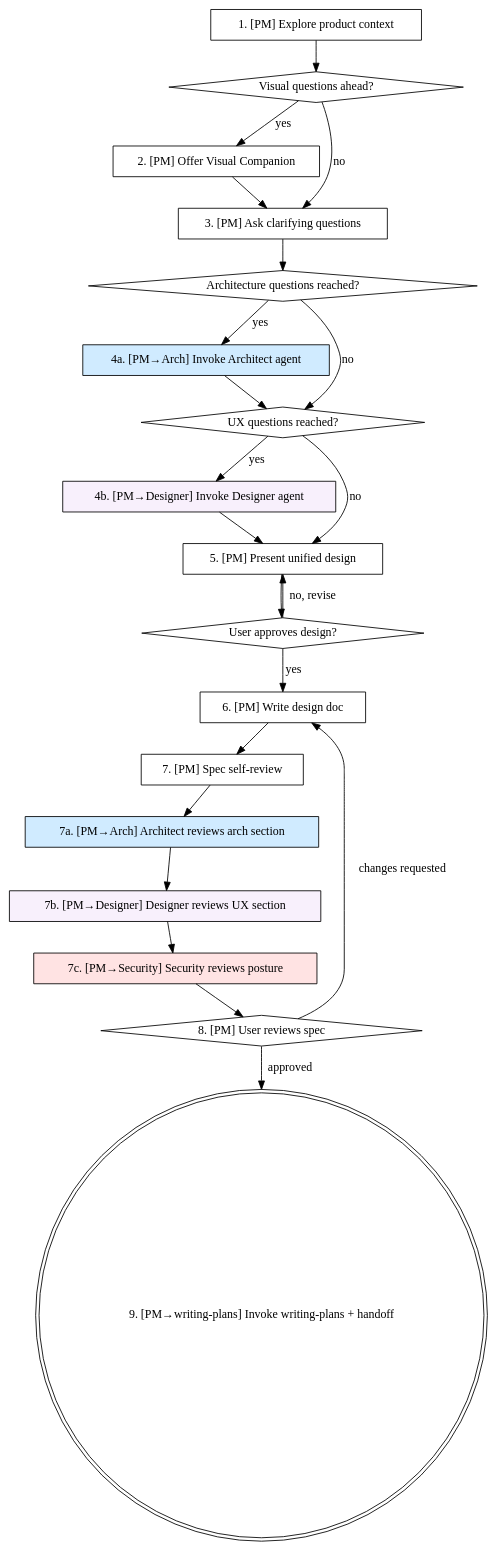
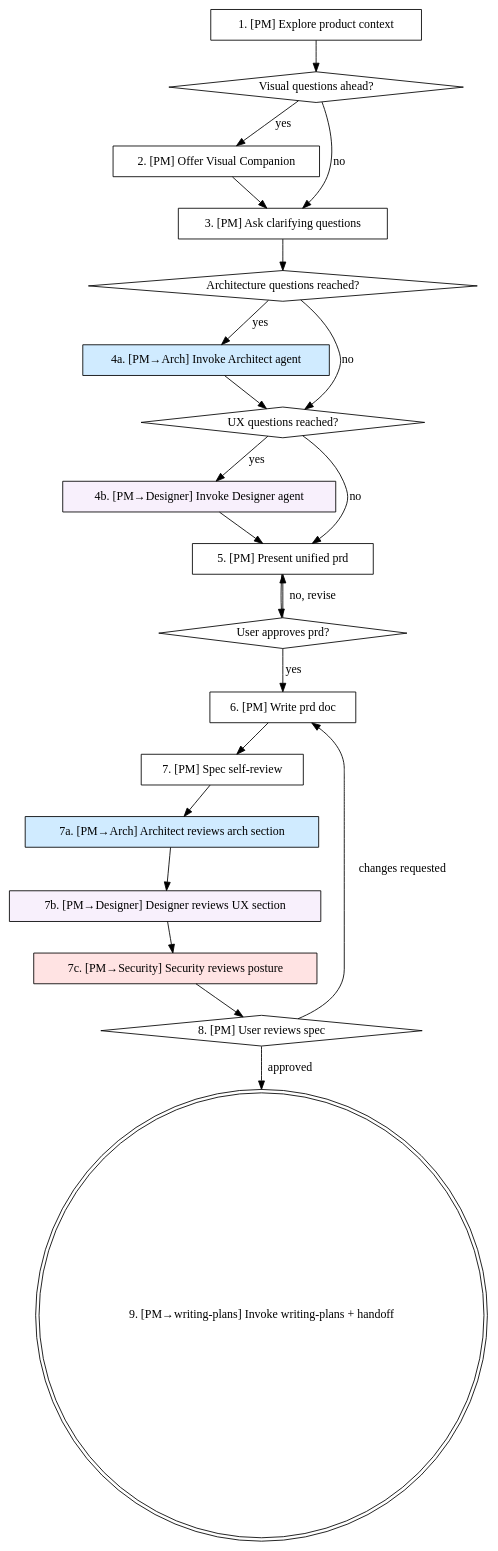
The diagram in skills/brainstorming/SKILL.md (oizidbih/hermes-multi-agents_superpowers), drawn with Graphviz before and after one commit. The commit also changed other lines of this file and 1 other file, not shown here.

Commit message:
Refactor skill names and descriptions for clarity in brainstorming and writing plans

````diff
--- a/skills/brainstorming/SKILL.md
+++ b/skills/brainstorming/SKILL.md
@@ -73,46 +73,46 @@
 ```dot
-digraph brainstorming_multi_agents {
+digraph prd_multi_agents {
     rankdir=TB;
 
     // Steps
     "1. [PM] Explore product context" [shape=box];
     "Visual questions ahead?" [shape=diamond];
     "2. [PM] Offer Visual Companion" [shape=box];
     "3. [PM] Ask clarifying questions" [shape=box];
     "Architecture questions reached?" [shape=diamond];
     "4a. [PM→Arch] Invoke Architect agent" [shape=box style=filled fillcolor="#d0ebff"];
     "UX questions reached?" [shape=diamond];
     "4b. [PM→Designer] Invoke Designer agent" [shape=box style=filled fillcolor="#f8f0fc"];
-    "5. [PM] Present unified design" [shape=box];
-    "User approves design?" [shape=diamond];
-    "6. [PM] Write design doc" [shape=box];
+    "5. [PM] Present unified prd" [shape=box];
+    "User approves prd?" [shape=diamond];
+    "6. [PM] Write prd doc" [shape=box];
     "7. [PM] Spec self-review" [shape=box];
     "7a. [PM→Arch] Architect reviews arch section" [shape=box style=filled fillcolor="#d0ebff"];
     "7b. [PM→Designer] Designer reviews UX section" [shape=box style=filled fillcolor="#f8f0fc"];
     "7c. [PM→Security] Security reviews posture" [shape=box style=filled fillcolor="#ffe3e3"];
     "8. [PM] User reviews spec" [shape=diamond];
     "9. [PM→writing-plans] Invoke writing-plans + handoff" [shape=doublecircle];
 
     "1. [PM] Explore product context" -> "Visual questions ahead?";
     "Visual questions ahead?" -> "2. [PM] Offer Visual Companion" [label="yes"];
     "Visual questions ahead?" -> "3. [PM] Ask clarifying questions" [label="no"];
     "2. [PM] Offer Visual Companion" -> "3. [PM] Ask clarifying questions";
     "3. [PM] Ask clarifying questions" -> "Architecture questions reached?";
     "Architecture questions reached?" -> "4a. [PM→Arch] Invoke Architect agent" [label="yes"];
     "Architecture questions reached?" -> "UX questions reached?" [label="no"];
     "4a. [PM→Arch] Invoke Architect agent" -> "UX questions reached?";
     "UX questions reached?" -> "4b. [PM→Designer] Invoke Designer agent" [label="yes"];
-    "UX questions reached?" -> "5. [PM] Present unified design" [label="no"];
-    "4b. [PM→Designer] Invoke Designer agent" -> "5. [PM] Present unified design";
-    "5. [PM] Present unified design" -> "User approves design?";
-    "User approves design?" -> "5. [PM] Present unified design" [label="no, revise"];
-    "User approves design?" -> "6. [PM] Write design doc" [label="yes"];
-    "6. [PM] Write design doc" -> "7. [PM] Spec self-review";
+    "UX questions reached?" -> "5. [PM] Present unified prd" [label="no"];
+    "4b. [PM→Designer] Invoke Designer agent" -> "5. [PM] Present unified prd";
+    "5. [PM] Present unified prd" -> "User approves prd?";
+    "User approves prd?" -> "5. [PM] Present unified prd" [label="no, revise"];
+    "User approves prd?" -> "6. [PM] Write prd doc" [label="yes"];
+    "6. [PM] Write prd doc" -> "7. [PM] Spec self-review";
     "7. [PM] Spec self-review" -> "7a. [PM→Arch] Architect reviews arch section";
     "7a. [PM→Arch] Architect reviews arch section" -> "7b. [PM→Designer] Designer reviews UX section";
     "7b. [PM→Designer] Designer reviews UX section" -> "7c. [PM→Security] Security reviews posture";
     "7c. [PM→Security] Security reviews posture" -> "8. [PM] User reviews spec";
-    "8. [PM] User reviews spec" -> "6. [PM] Write design doc" [label="changes requested"];
+    "8. [PM] User reviews spec" -> "6. [PM] Write prd doc" [label="changes requested"];
     "8. [PM] User reviews spec" -> "9. [PM→writing-plans] Invoke writing-plans + handoff" [label="approved"];
 }
 ```
````
